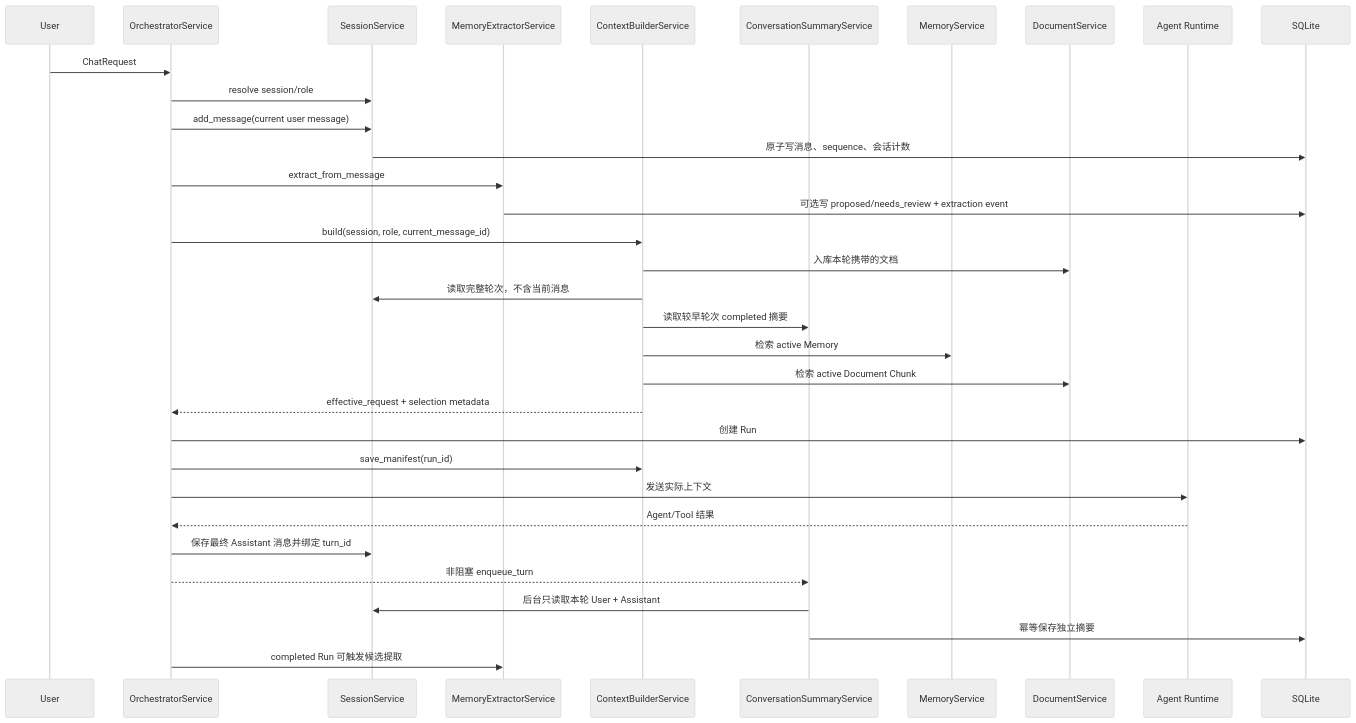
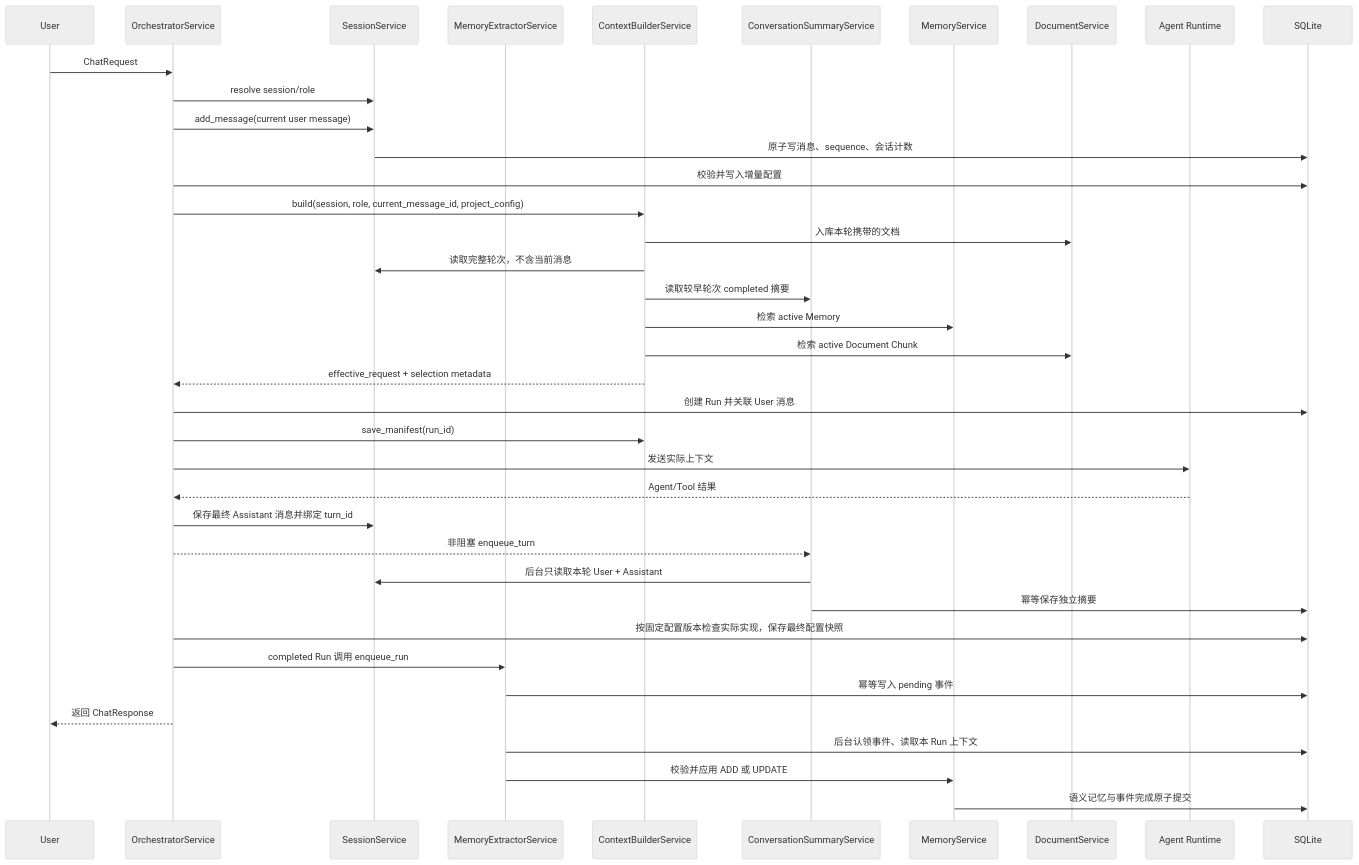
One commit to yaowensial-g/chipDesignAgent changed the first of 2 diagrams in docs/context-memory-implementation.md. Above: the diagram before and after it, drawn with Mermaid (neutral theme). The commit also changed other lines of this file and 35 other files, not shown here.

Commit message:
feat: add project configuration and run-level memory extraction

````diff
--- a/docs/context-memory-implementation.md
+++ b/docs/context-memory-implementation.md
@@ -46,36 +49,41 @@
 ```mermaid
 sequenceDiagram
     participant U as User
     participant O as OrchestratorService
     participant S as SessionService
     participant E as MemoryExtractorService
     participant C as ContextBuilderService
     participant Q as ConversationSummaryService
     participant M as MemoryService
     participant D as DocumentService
     participant R as Agent Runtime
     participant DB as SQLite
 
     U->>O: ChatRequest
     O->>S: resolve session/role
     O->>S: add_message(current user message)
     S->>DB: 原子写消息、sequence、会话计数
-    O->>E: extract_from_message
-    E->>DB: 可选写 proposed/needs_review + extraction event
-    O->>C: build(session, role, current_message_id)
+    O->>DB: 校验并写入增量配置
+    O->>C: build(session, role, current_message_id, project_config)
     C->>D: 入库本轮携带的文档
     C->>S: 读取完整轮次，不含当前消息
     C->>Q: 读取较早轮次 completed 摘要
     C->>M: 检索 active Memory
     C->>D: 检索 active Document Chunk
     C-->>O: effective_request + selection metadata
-    O->>DB: 创建 Run
+    O->>DB: 创建 Run 并关联 User 消息
     O->>C: save_manifest(run_id)
     O->>R: 发送实际上下文
     R-->>O: Agent/Tool 结果
     O->>S: 保存最终 Assistant 消息并绑定 turn_id
     O-->>Q: 非阻塞 enqueue_turn
     Q->>S: 后台只读取本轮 User + Assistant
     Q->>DB: 幂等保存独立摘要
-    O->>E: completed Run 可触发候选提取
+    O->>DB: 按固定配置版本检查实际实现，保存最终配置快照
+    O->>E: completed Run 调用 enqueue_run
+    E->>DB: 幂等写入 pending 事件
+    O-->>U: 返回 ChatResponse
+    E->>DB: 后台认领事件、读取本 Run 上下文
+    E->>M: 校验并应用 ADD 或 UPDATE
+    M->>DB: 语义记忆与事件完成原子提交
 ```
````
